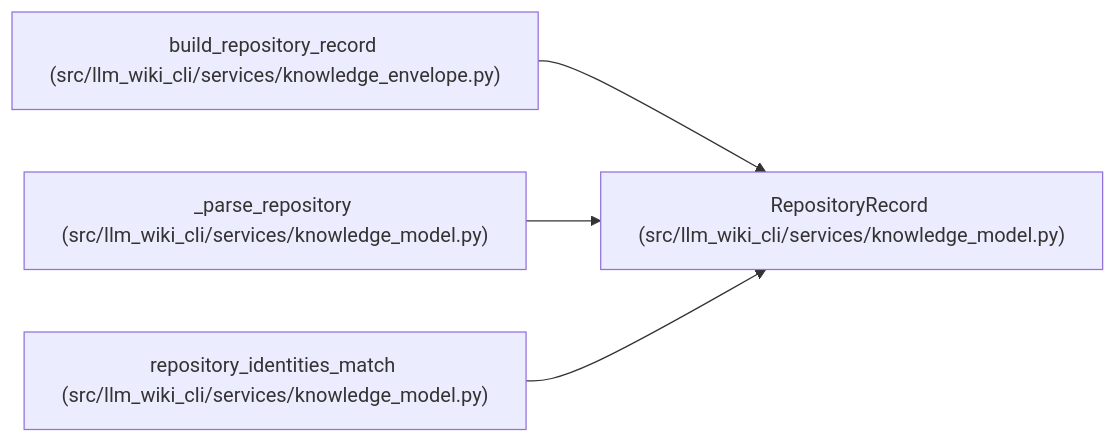
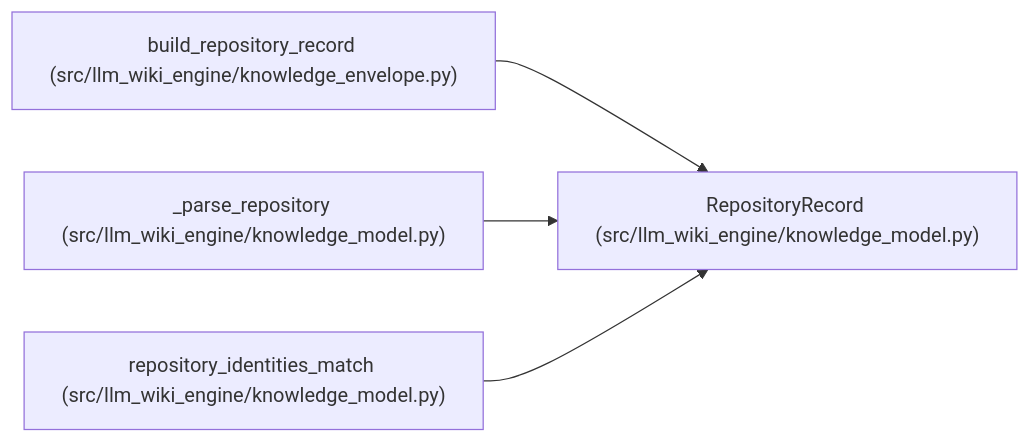
The diagram in docs/llm_wiki/entities/RepositoryRecord.md (Denissvgn/python-wiki-llm), drawn with Mermaid before and after one commit. The commit also changed other lines of this file and 1058 other files, not shown here.

First line of the commit message:
docs: refresh the wiki for the knowledge store move

````diff
--- a/docs/llm_wiki/entities/RepositoryRecord.md
+++ b/docs/llm_wiki/entities/RepositoryRecord.md
@@ -32,14 +32,14 @@
 ```mermaid
 flowchart LR
-    n0["RepositoryRecord (src/llm_wiki_cli/services/knowledge_model.py)"]
-    n1["build_repository_record (src/llm_wiki_cli/services/knowledge_envelope.py)"]
-    n2["_parse_repository (src/llm_wiki_cli/services/knowledge_model.py)"]
-    n3["repository_identities_match (src/llm_wiki_cli/services/knowledge_model.py)"]
+    n0["RepositoryRecord (src/llm_wiki_engine/knowledge_model.py)"]
+    n1["build_repository_record (src/llm_wiki_engine/knowledge_envelope.py)"]
+    n2["_parse_repository (src/llm_wiki_engine/knowledge_model.py)"]
+    n3["repository_identities_match (src/llm_wiki_engine/knowledge_model.py)"]
     n1 --> n0
     n2 --> n0
     n3 --> n0
     click n0 "../modules/knowledge_model.md"
     click n1 "../modules/knowledge_envelope.md"
     click n2 "../modules/knowledge_model.md"
     click n3 "../modules/knowledge_model.md"
 ```
````
